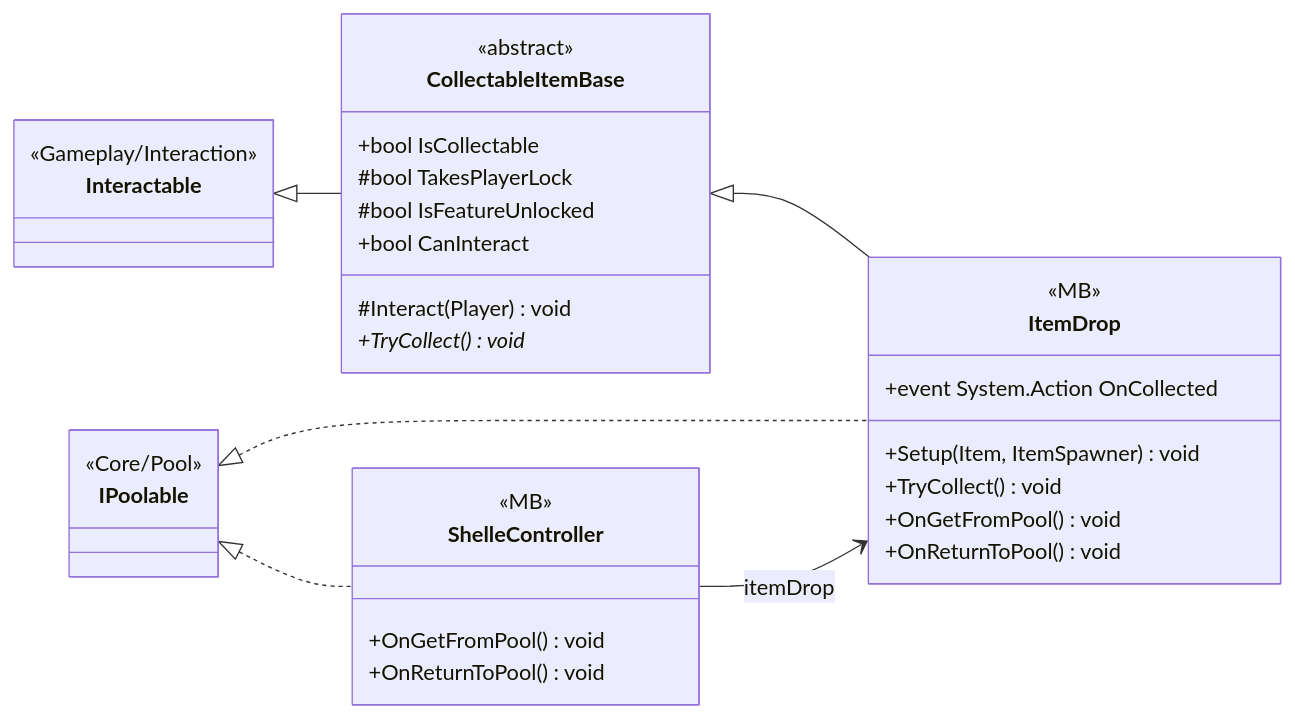
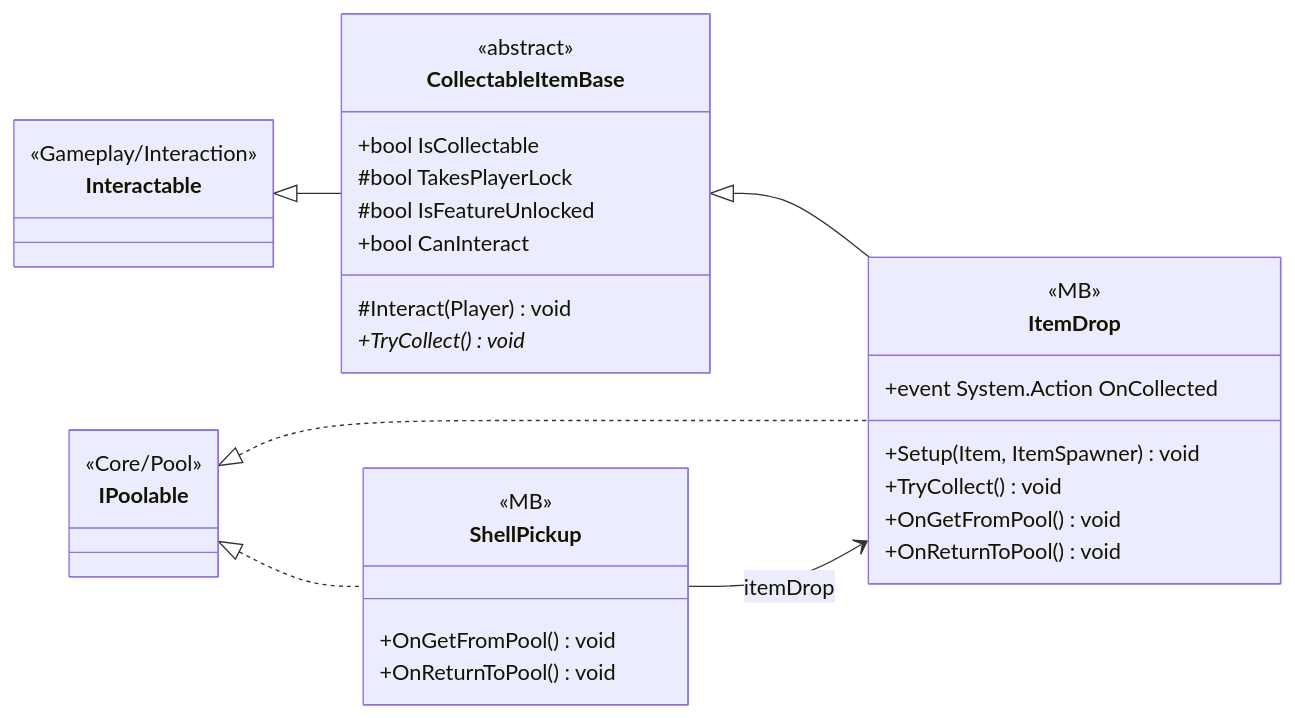
Before and after one commit to PhumipatWave/project-ocean: the diagram in docs/uml/modules/Gameplay_Items_Pickups.md, drawn with Mermaid. The commit also changed other lines of this file and 346 other files, not shown here.

````diff
--- a/docs/uml/modules/Gameplay_Items_Pickups.md
+++ b/docs/uml/modules/Gameplay_Items_Pickups.md
@@ -7,38 +7,38 @@
 ```mermaid
 classDiagram
   direction LR
   class CollectableItemBase {
     <<abstract>>
     <<MB>>
     +bool IsCollectable
     #bool TakesPlayerLock
     #bool IsFeatureUnlocked
     +bool CanInteract
     #Interact(Player) void
     +TryCollect()* void
   }
   class ItemDrop {
     <<MB>>
     +event System.Action OnCollected
     +Setup(Item, ItemSpawner) void
     +TryCollect() void
     +OnGetFromPool() void
     +OnReturnToPool() void
   }
-  class ShelleController {
+  class ShellPickup {
     <<MB>>
     +OnGetFromPool() void
     +OnReturnToPool() void
   }
   class IPoolable {
     <<Core/Pool>>
   }
   class Interactable {
     <<Gameplay/Interaction>>
   }
   CollectableItemBase <|-- ItemDrop
   IPoolable <|.. ItemDrop
-  IPoolable <|.. ShelleController
+  IPoolable <|.. ShellPickup
   Interactable <|-- CollectableItemBase
-  ShelleController --> ItemDrop : itemDrop
+  ShellPickup --> ItemDrop : itemDrop
 ```
````
